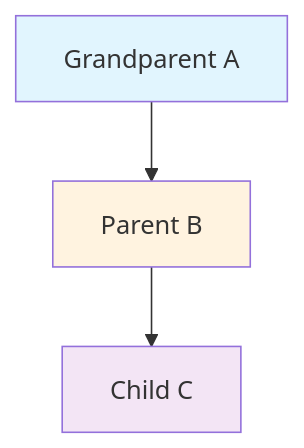
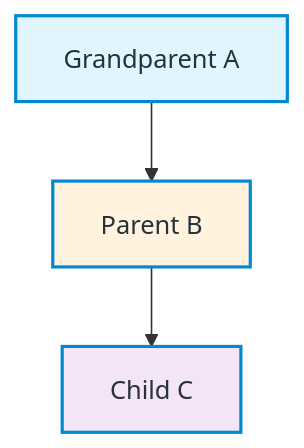
Before and after one commit to joyandrew-github/DSA_CPP: the third of 9 diagrams in OOPS/Inheritance/Inheritance_Types_Complete_Guide.md, drawn with Mermaid. The commit also changed other lines of this file, not shown here.

First line of the commit message:
docs: fix mermaid diagram colors for visibility

````diff
--- a/OOPS/Inheritance/Inheritance_Types_Complete_Guide.md
+++ b/OOPS/Inheritance/Inheritance_Types_Complete_Guide.md
@@ -106,8 +118,13 @@
 ```mermaid
 graph TD
     A[Grandparent A] --> B[Parent B]
     B --> C[Child C]
-    style A fill:#e1f5fe
-    style B fill:#fff3e0
-    style C fill:#f3e5f5
+    
+    classDef baseClass fill:#E1F5FE,color:#263238,stroke:#0288D1,stroke-width:2px
+    classDef intermediateClass fill:#FFF3E0,color:#263238,stroke:#0288D1,stroke-width:2px
+    classDef derivedClass fill:#F3E5F5,color:#263238,stroke:#0288D1,stroke-width:2px
+    
+    class A baseClass
+    class B intermediateClass
+    class C derivedClass
 ```
````
